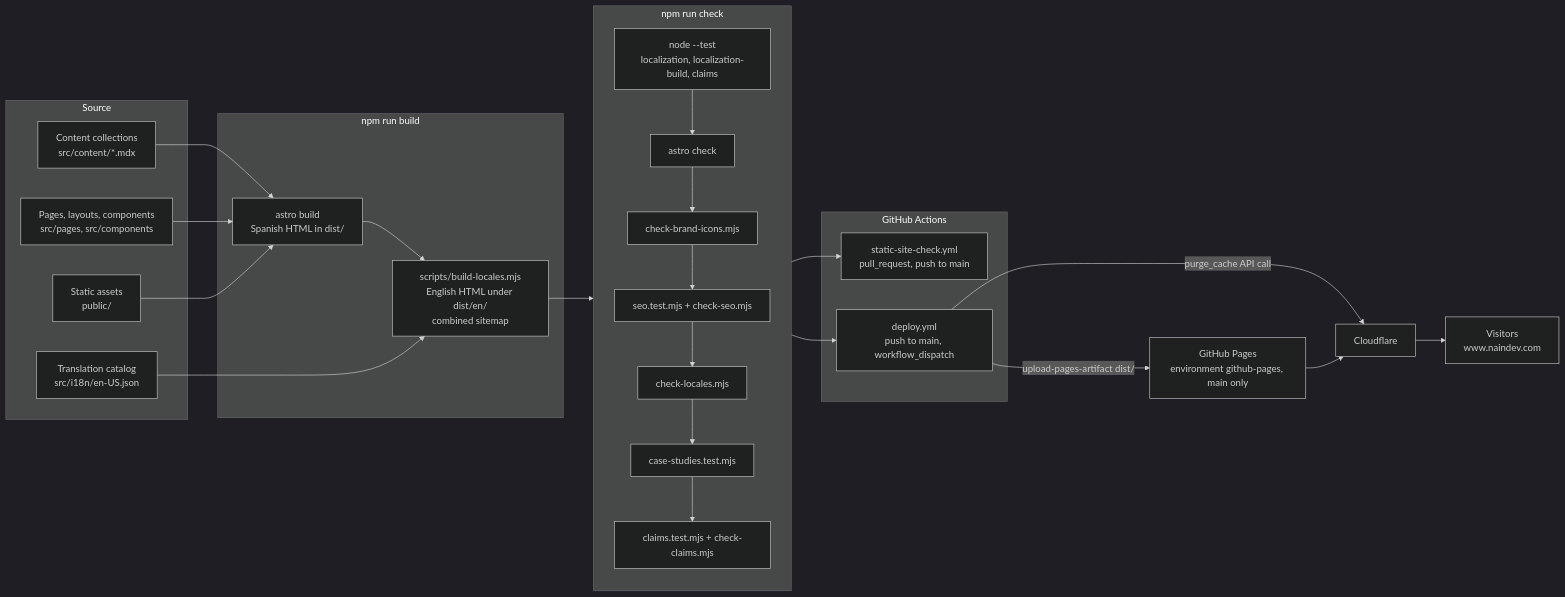
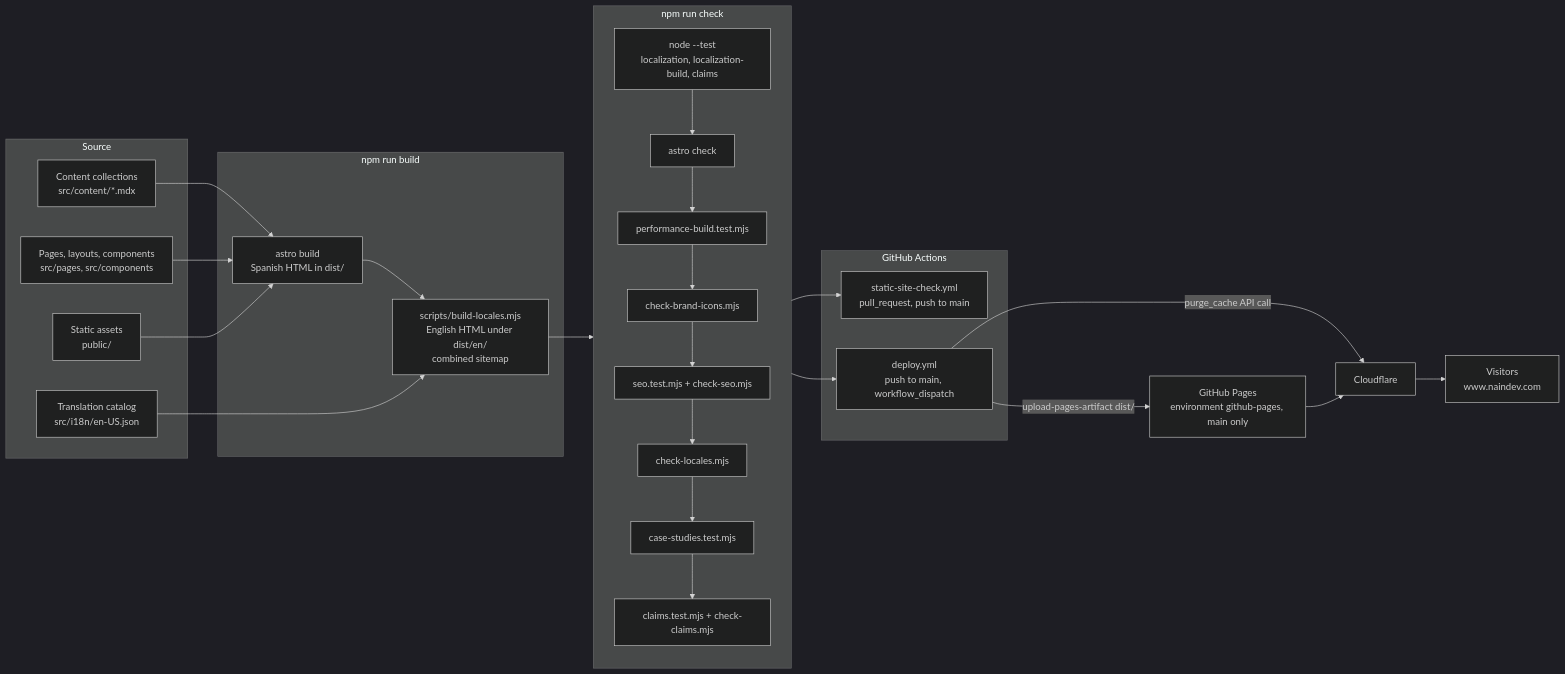
The diagram in docs/20-architecture.md (Nain9Dev/nain9dev.github.io), drawn with Mermaid (dark theme) before and after one commit. The commit also changed other lines of this file and 66 other files, not shown here.

````diff
--- a/docs/20-architecture.md
+++ b/docs/20-architecture.md
@@ -25,43 +25,44 @@
 ```mermaid
 flowchart LR
     subgraph Source
         MDX[Content collections<br/>src/content/*.mdx]
         ASTRO[Pages, layouts, components<br/>src/pages, src/components]
         CAT[Translation catalog<br/>src/i18n/en-US.json]
         PUB[Static assets<br/>public/]
     end
 
     subgraph Build["npm run build"]
         AB[astro build<br/>Spanish HTML in dist/]
         BL[scripts/build-locales.mjs<br/>English HTML under dist/en/<br/>combined sitemap]
     end
 
     subgraph Check["npm run check"]
         UT[node --test<br/>localization, localization-build, claims]
         AC[astro check]
         BI[check-brand-icons.mjs]
         SEO[seo.test.mjs + check-seo.mjs]
         LC[check-locales.mjs]
         CS[case-studies.test.mjs]
         CC[claims.test.mjs + check-claims.mjs]
+        PF[performance-build.test.mjs]
     end
 
     subgraph CI["GitHub Actions"]
         SSC[static-site-check.yml<br/>pull_request, push to main]
         DEP[deploy.yml<br/>push to main, workflow_dispatch]
     end
 
     MDX --> AB
     ASTRO --> AB
     PUB --> AB
     AB --> BL
     CAT --> BL
     BL --> Check
-    UT --> AC --> BI --> SEO --> LC --> CS --> CC
+    UT --> AC --> PF --> BI --> SEO --> LC --> CS --> CC
     Check --> SSC
     Check --> DEP
     DEP -->|upload-pages-artifact dist/| GHP[GitHub Pages<br/>environment github-pages, main only]
     DEP -->|purge_cache API call| CF[Cloudflare]
     GHP --> CF
     CF --> USER[Visitors<br/>www.naindev.com]
 ```
````
